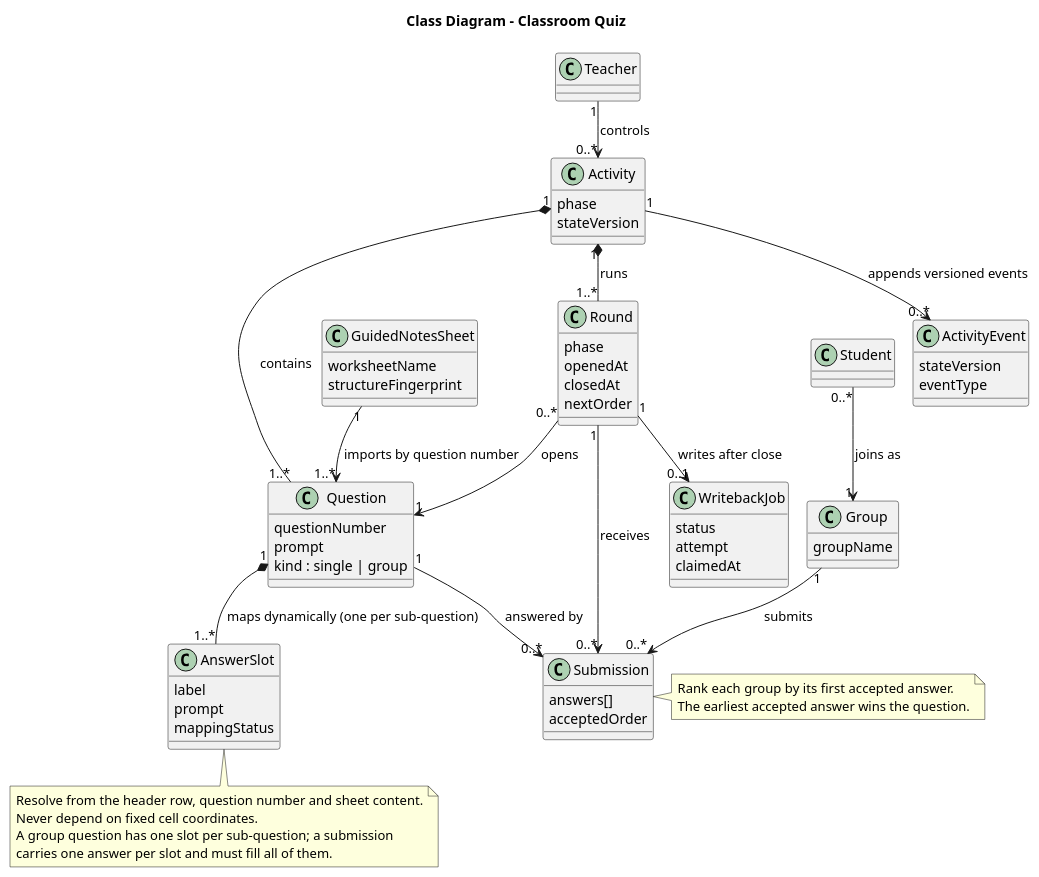
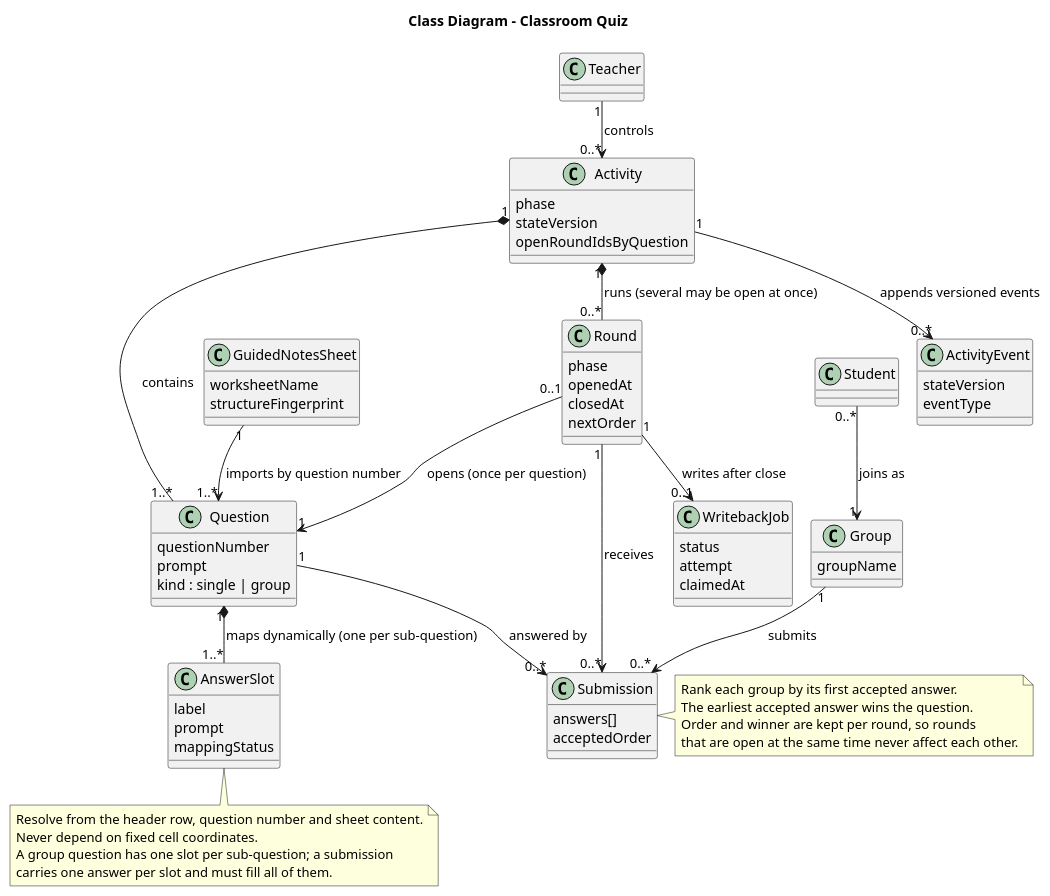
Before and after one commit to Chunshan-Theta/2026-SW-quickanswer: the diagram in main/diagrams/class.puml, drawn with PlantUML. The commit also changed 17 other files, not shown here.

First line of the commit message:
docs(004): spec, diagrams, plan and tasks for multi-question rounds

```diff
--- a/main/diagrams/class.puml
+++ b/main/diagrams/class.puml
@@ -1,72 +1,75 @@
 @startuml
 !pragma layout smetana
 title Class Diagram - Classroom Quiz
 
 class Teacher
 class Student
 class Group {
   groupName
 }
 class Activity {
   phase
   stateVersion
+  openRoundIdsByQuestion
 }
 class Question {
   questionNumber
   prompt
   kind : single | group
 }
 class Round {
   phase
   openedAt
   closedAt
   nextOrder
 }
 class Submission {
   answers[]
   acceptedOrder
 }
 class GuidedNotesSheet {
   worksheetName
   structureFingerprint
 }
 class AnswerSlot {
   label
   prompt
   mappingStatus
 }
 class ActivityEvent {
   stateVersion
   eventType
 }
 class WritebackJob {
   status
   attempt
   claimedAt
 }
 
 Teacher "1" --> "0..*" Activity : controls
 Activity "1" *-- "1..*" Question : contains
-Activity "1" *-- "1..*" Round : runs
-Round "0..*" --> "1" Question : opens
+Activity "1" *-- "0..*" Round : runs (several may be open at once)
+Round "0..1" --> "1" Question : opens (once per question)
 Student "0..*" --> "1" Group : joins as
 Group "1" --> "0..*" Submission : submits
 Round "1" --> "0..*" Submission : receives
 Question "1" --> "0..*" Submission : answered by
 GuidedNotesSheet "1" --> "1..*" Question : imports by question number
 Question "1" *-- "1..*" AnswerSlot : maps dynamically (one per sub-question)
 Activity "1" --> "0..*" ActivityEvent : appends versioned events
 Round "1" --> "0..1" WritebackJob : writes after close
 
 note right of Submission
   Rank each group by its first accepted answer.
   The earliest accepted answer wins the question.
+  Order and winner are kept per round, so rounds
+  that are open at the same time never affect each other.
 end note
 note bottom of AnswerSlot
   Resolve from the header row, question number and sheet content.
   Never depend on fixed cell coordinates.
   A group question has one slot per sub-question; a submission
   carries one answer per slot and must fill all of them.
 end note
 
 @enduml
```
